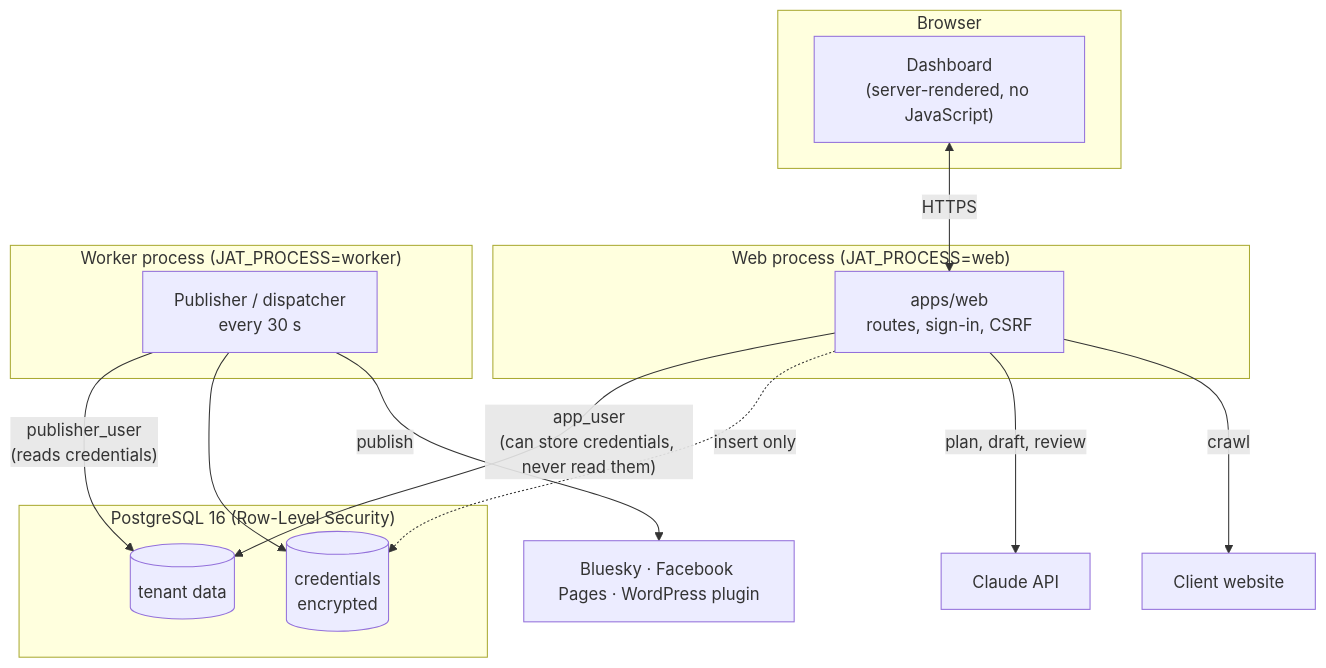
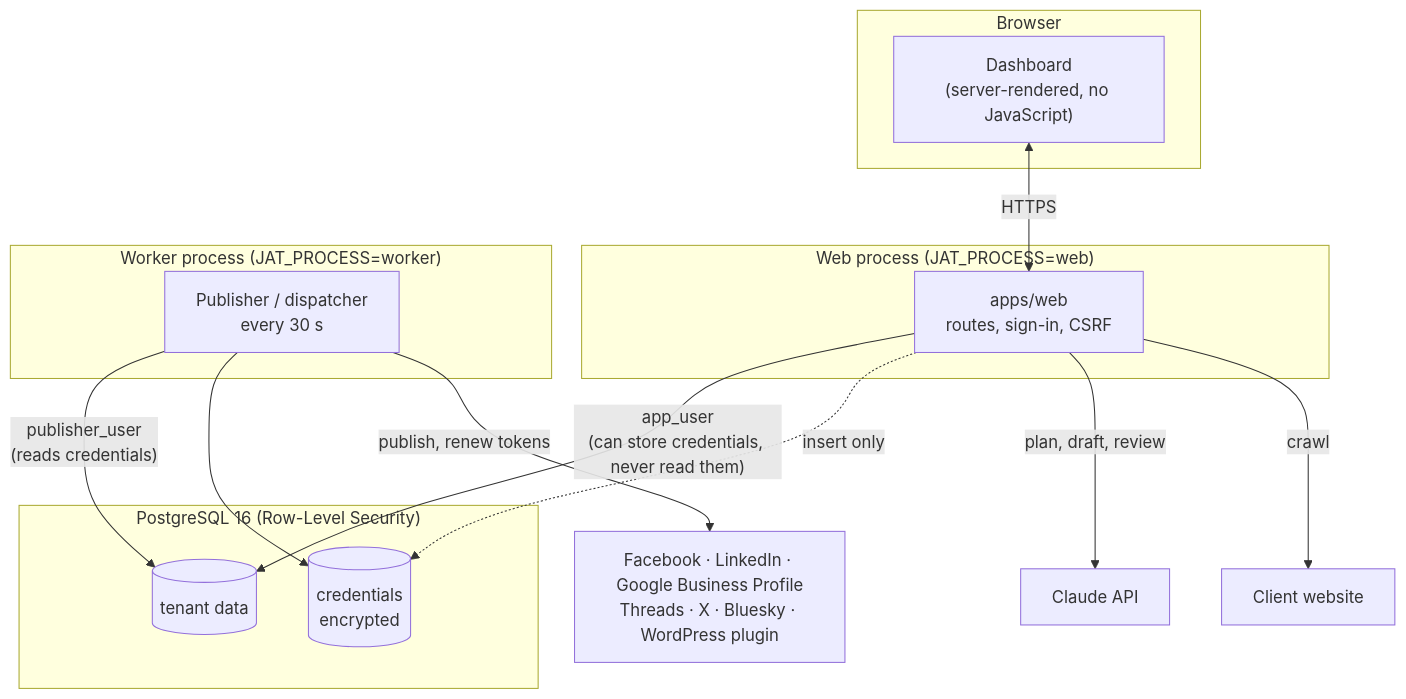
One commit to CptNope/Social-Media-Automation changed the second of 4 diagrams in README.md. Above: the diagram before and after it, drawn with Mermaid. The commit also changed other lines of this file and 27 other files, not shown here.

````diff
--- a/README.md
+++ b/README.md
@@ -68,24 +68,24 @@
 ```mermaid
 flowchart TB
     subgraph Browser
         U["Dashboard<br/>(server-rendered, no JavaScript)"]
     end
     subgraph web["Web process (JAT_PROCESS=web)"]
         W["apps/web<br/>routes, sign-in, CSRF"]
     end
     subgraph worker["Worker process (JAT_PROCESS=worker)"]
         P["Publisher / dispatcher<br/>every 30 s"]
     end
     subgraph pg["PostgreSQL 16 (Row-Level Security)"]
         DB[("tenant data")]
         CR[("credentials<br/>encrypted")]
     end
     U <-->|HTTPS| W
     W -->|"app_user<br/>(can store credentials, never read them)"| DB
     W -.->|insert only| CR
     P -->|"publisher_user<br/>(reads credentials)"| DB
     P --> CR
     W -->|plan, draft, review| AI["Claude API"]
     W -->|crawl| SITE["Client website"]
-    P -->|publish| PLAT["Bluesky · Facebook Pages · WordPress plugin"]
+    P -->|"publish, renew tokens"| PLAT["Facebook · LinkedIn · Google Business Profile<br/>Threads · X · Bluesky · WordPress plugin"]
 ```
````
